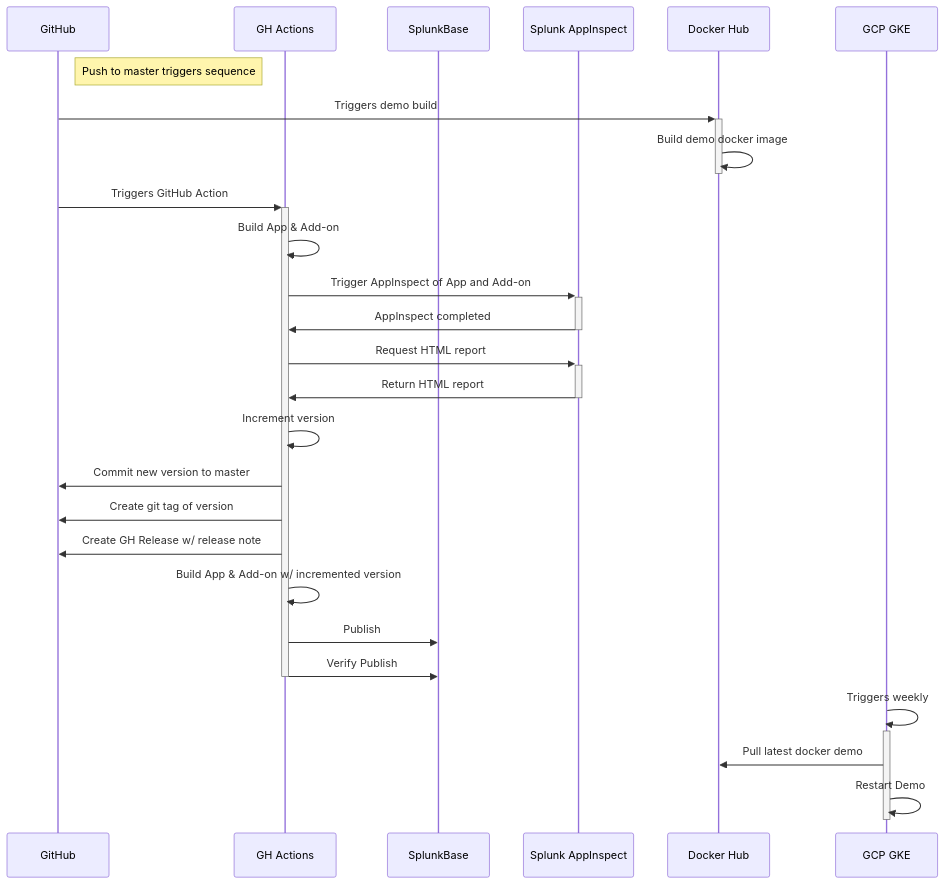
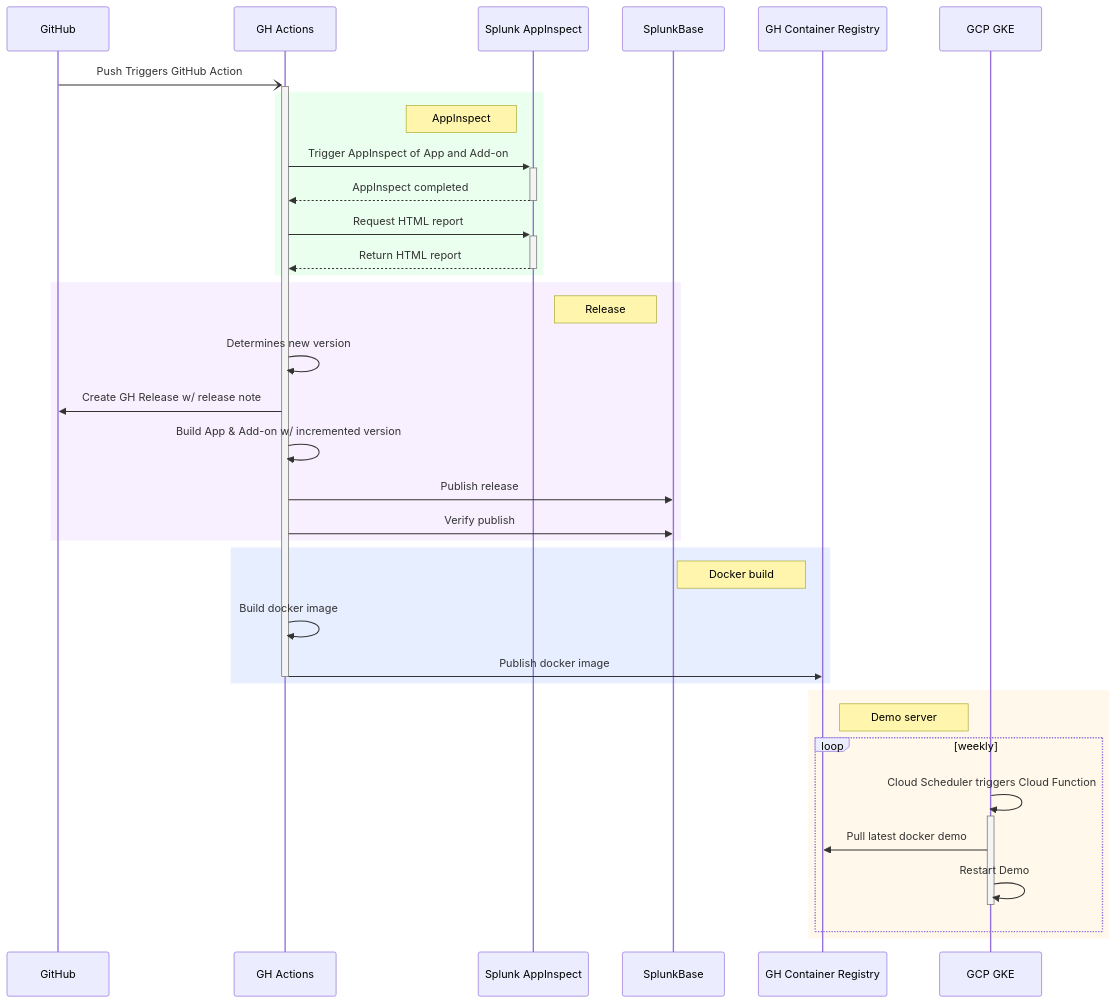
Before and after one commit to PaloAltoNetworks/Splunk-Apps: the diagram in CONTRIBUTING.md, drawn with Mermaid. The commit also changed other lines of this file, not shown here.

Commit message:
docs: Update seq diag in contribution guidelines
PR #249

````diff
--- a/CONTRIBUTING.md
+++ b/CONTRIBUTING.md
@@ -133,34 +125,50 @@
 ```mermaid
 sequenceDiagram
   %% This is a mermaid file
   %% See https://mermaid-js.github.io
 
   participant G as GitHub
-  note right of G: Push to master triggers sequence
   participant A as GH Actions
+  participant I as Splunk AppInspect
   participant S as SplunkBase
-  participant I as Splunk AppInspect
-  participant D as Docker Hub
+  participant C as GH Container Registry
   participant K as GCP GKE
+  
+  G-)+A: Push Triggers GitHub Action
 
-  G->>+D: Triggers demo build
-  D->>-D: Build demo docker image
+  %% AppInspect
+  rect rgb(153,255,170,.2)
+    note left of I: AppInspect
+    A->>+I: Trigger AppInspect of App and Add-on
+    I-->>-A: AppInspect completed
+    A->>+I: Request HTML report
+    I-->>-A: Return HTML report
+  end
+
+  %% Release
+  rect rgb(217,179,255,.2)
+    note left of S: Release
+    A->>A: Determines new version
+    A->>G: Create GH Release w/ release note
+    A->>A: Build App & Add-on w/ incremented version
+    A->>S: Publish release
+    A->>S: Verify publish
+  end
+
+  %% Docker build
+  rect rgb(128,170,255,.2)
+    note left of C: Docker build
+    A->>A: Build docker image
+    A->>-C: Publish docker image
+  end
   
-  G->>+A: Triggers GitHub Action
-  A->>A: Build App & Add-on
-  A->>+I: Trigger AppInspect of App and Add-on
-  I->>-A: AppInspect completed
-  A->>+I: Request HTML report
-  I->>-A: Return HTML report
-  A->>A: Increment version
-  A->>G: Commit new version to master
-  A->>G: Create git tag of version
-  A->>G: Create GH Release w/ release note
-  A->>A: Build App & Add-on w/ incremented version
-  A->>S: Publish
-  A->>-S: Verify Publish
-  
-	K->>+K: Triggers weekly
-  K->>D: Pull latest docker demo
-  K->>-K: Restart Demo
+  %% Demo server
+  rect rgb(255,221,153,.2)
+    note right of C: Demo server
+    loop weekly
+      K->>+K: Cloud Scheduler triggers Cloud Function
+      K->>C: Pull latest docker demo
+      K->>-K: Restart Demo
+    end
+  end
 ```
````
